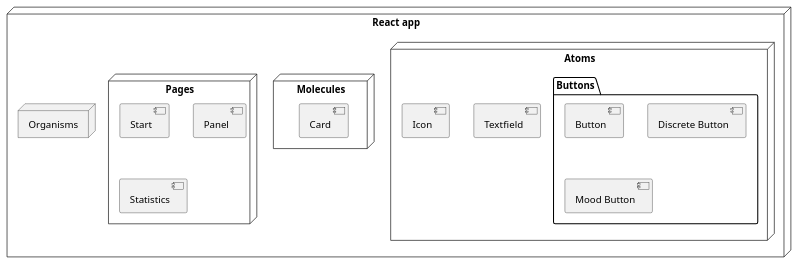
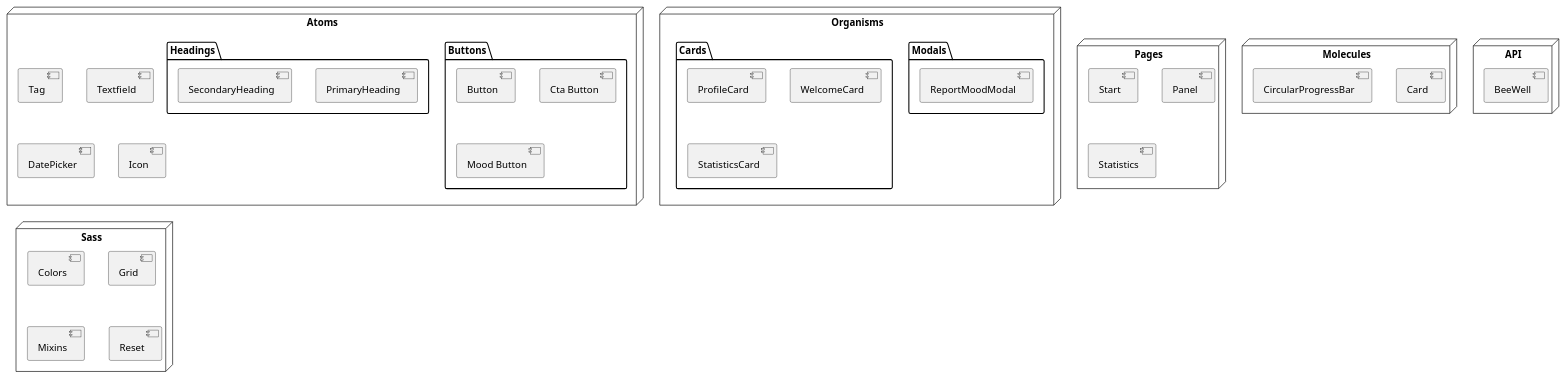
The diagram in frontend_architecture.puml (bee-well/docs), drawn with PlantUML before and after one commit. The commit also changed 1 other file, not shown here.

```diff
--- a/frontend_architecture.puml
+++ b/frontend_architecture.puml
@@ -1,27 +1,50 @@
 @startuml
-node "React app" {
-    node "Atoms" as atoms {
-        package "Buttons" {
-            [Button] as button
-            [Discrete Button] as discreteButton
-            [Mood Button] as moodButton
-        }
-        [Textfield] as textfield
-        [Icon] as icon
+node "Atoms" {
+    package "Buttons" {
+        [Button]
+        [Cta Button]
+        [Mood Button]
     }
-    
-    node "Molecules" as molecules {
-        [Card] as card
+    package "Headings" {
+        [PrimaryHeading]
+        [SecondaryHeading]
     }
+    [Tag]
+    [Textfield]
+    [DatePicker]
+    [Icon]
+}
 
-    node "Organisms" as organisms {
+node "Molecules" {
+    [Card]
+    [CircularProgressBar]
+}
 
+node "Organisms" {
+    package "Modals" {
+        [ReportMoodModal]
     }
-
-    node "Pages" as pages {
-        [Start] as start
-        [Panel] as panel
-        [Statistics] as statistics
+    package "Cards" {
+        [ProfileCard]
+        [WelcomeCard]
+        [StatisticsCard]
     }
 }
+
+node "Pages" {
+    [Start]
+    [Panel]
+    [Statistics]
+}
+
+node "Sass" {
+    [Colors]
+    [Grid]
+    [Mixins]
+    [Reset]
+}
+
+node "API" {
+    [BeeWell]
+}
 @enduml
```
